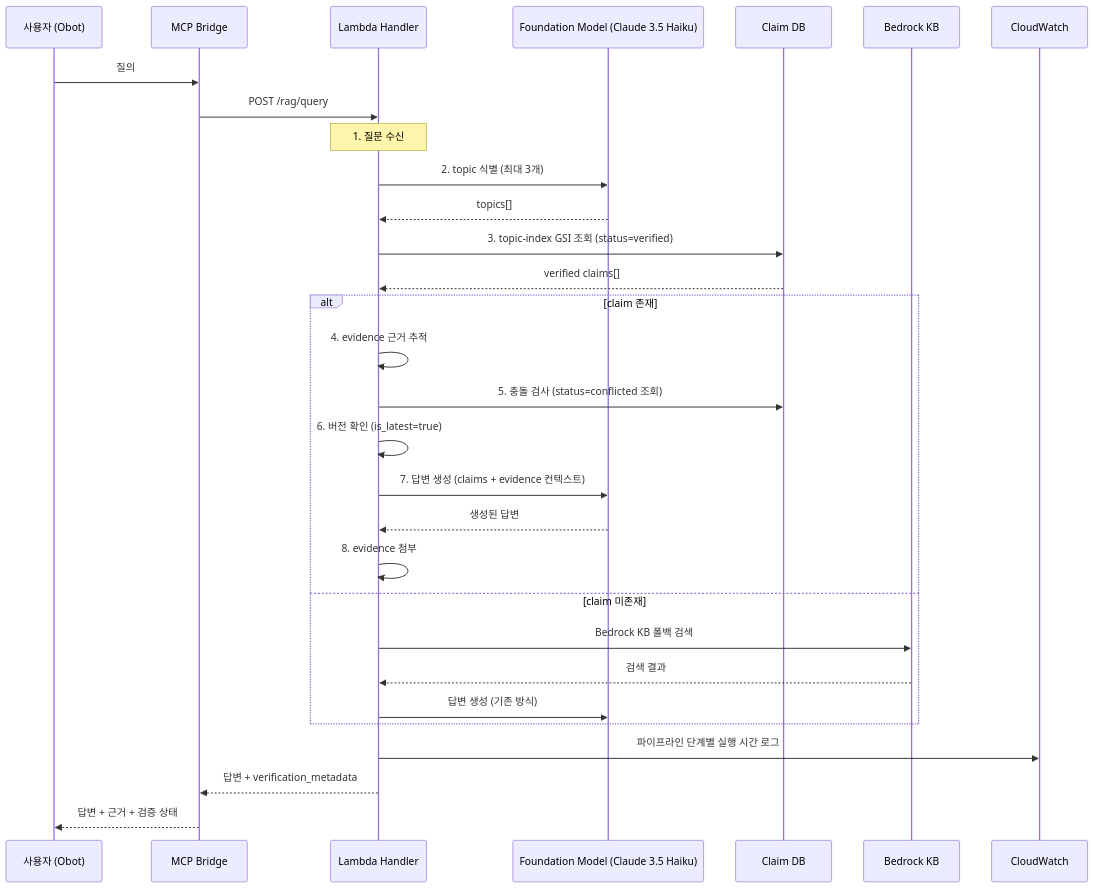
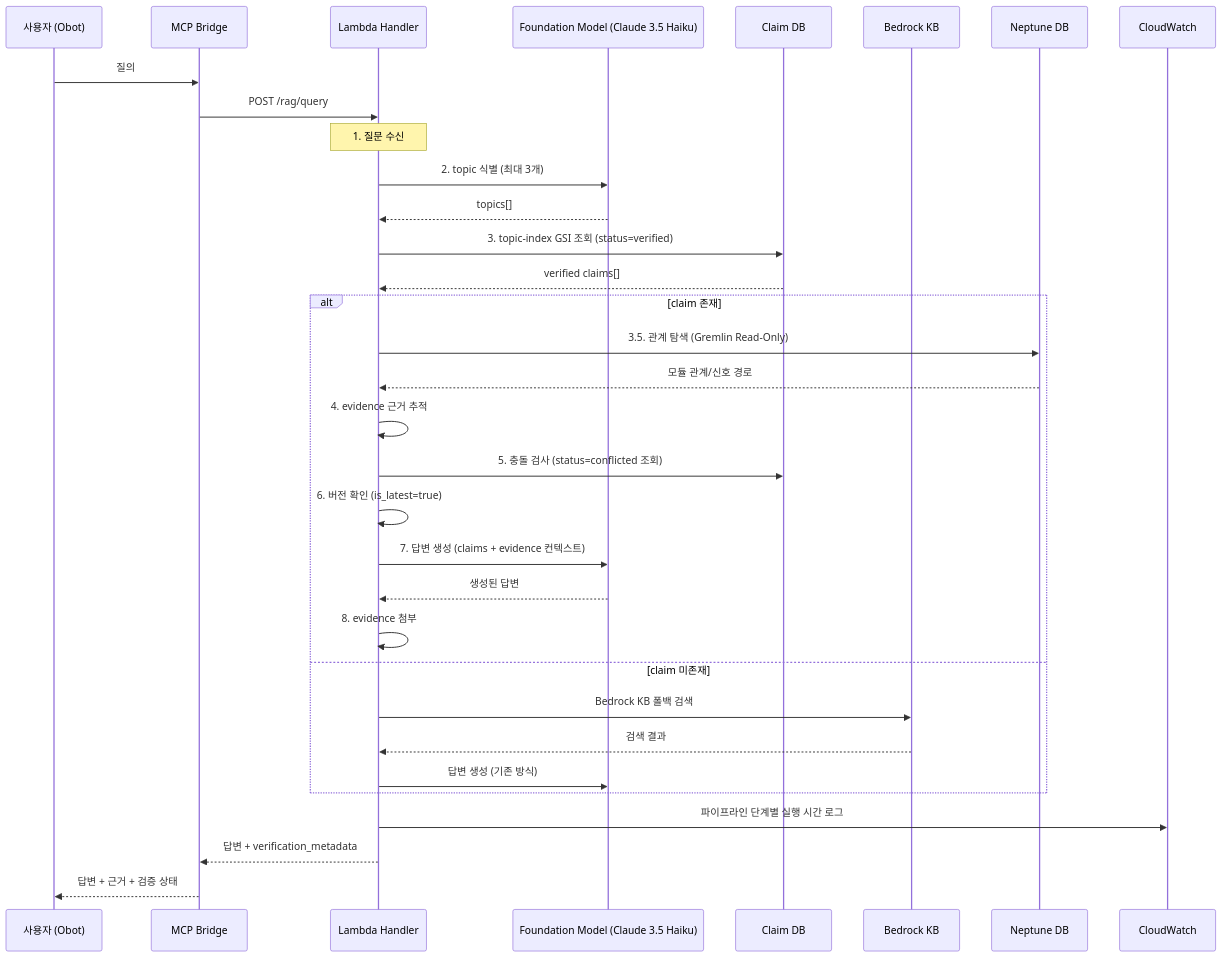
One commit to yota0227/aws_private_rag-public- changed the fourth of 5 diagrams in .kiro/specs/8_enhanced-rag-optimization/design.md. Above: the diagram before and after it, drawn with Mermaid. The commit also changed other lines of this file and 8 other files, not shown here.

First line of the commit message:
fix: apply architecture review - Neptune diagrams, Write IAM, SG rules, Fallback, Property 25

````diff
--- a/.kiro/specs/8_enhanced-rag-optimization/design.md
+++ b/.kiro/specs/8_enhanced-rag-optimization/design.md
@@ -147,37 +159,40 @@
 ```mermaid
 sequenceDiagram
     participant User as 사용자 (Obot)
     participant MCP as MCP Bridge
     participant Lambda as Lambda Handler
     participant FM as Foundation Model (Claude 3.5 Haiku)
     participant ClaimDB as Claim DB
     participant BKB as Bedrock KB
+    participant Neptune as Neptune DB
     participant CW as CloudWatch
 
     User->>MCP: 질의
     MCP->>Lambda: POST /rag/query
 
     Note over Lambda: 1. 질문 수신
     Lambda->>FM: 2. topic 식별 (최대 3개)
     FM-->>Lambda: topics[]
 
     Lambda->>ClaimDB: 3. topic-index GSI 조회 (status=verified)
     ClaimDB-->>Lambda: verified claims[]
 
     alt claim 존재
+        Lambda->>Neptune: 3.5. 관계 탐색 (Gremlin Read-Only)
+        Neptune-->>Lambda: 모듈 관계/신호 경로
         Lambda->>Lambda: 4. evidence 근거 추적
         Lambda->>ClaimDB: 5. 충돌 검사 (status=conflicted 조회)
         Lambda->>Lambda: 6. 버전 확인 (is_latest=true)
         Lambda->>FM: 7. 답변 생성 (claims + evidence 컨텍스트)
         FM-->>Lambda: 생성된 답변
         Lambda->>Lambda: 8. evidence 첨부
     else claim 미존재
         Lambda->>BKB: Bedrock KB 폴백 검색
         BKB-->>Lambda: 검색 결과
         Lambda->>FM: 답변 생성 (기존 방식)
     end
 
     Lambda->>CW: 파이프라인 단계별 실행 시간 로그
     Lambda-->>MCP: 답변 + verification_metadata
     MCP-->>User: 답변 + 근거 + 검증 상태
 ```
````
